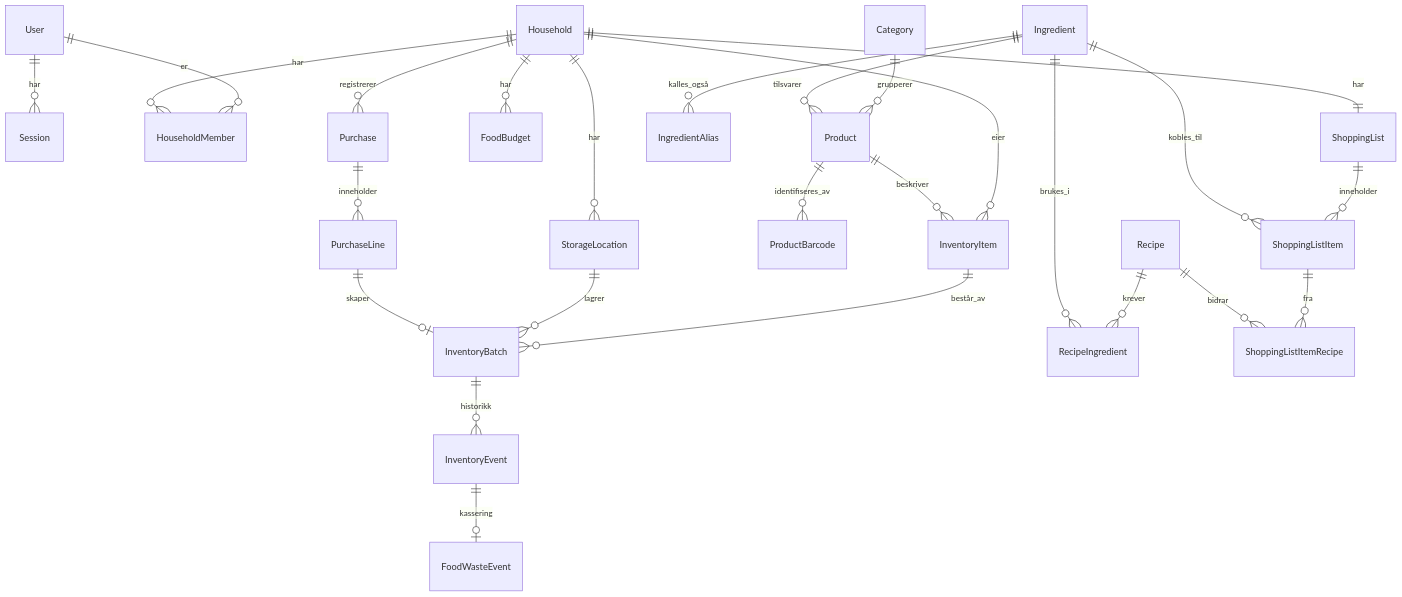
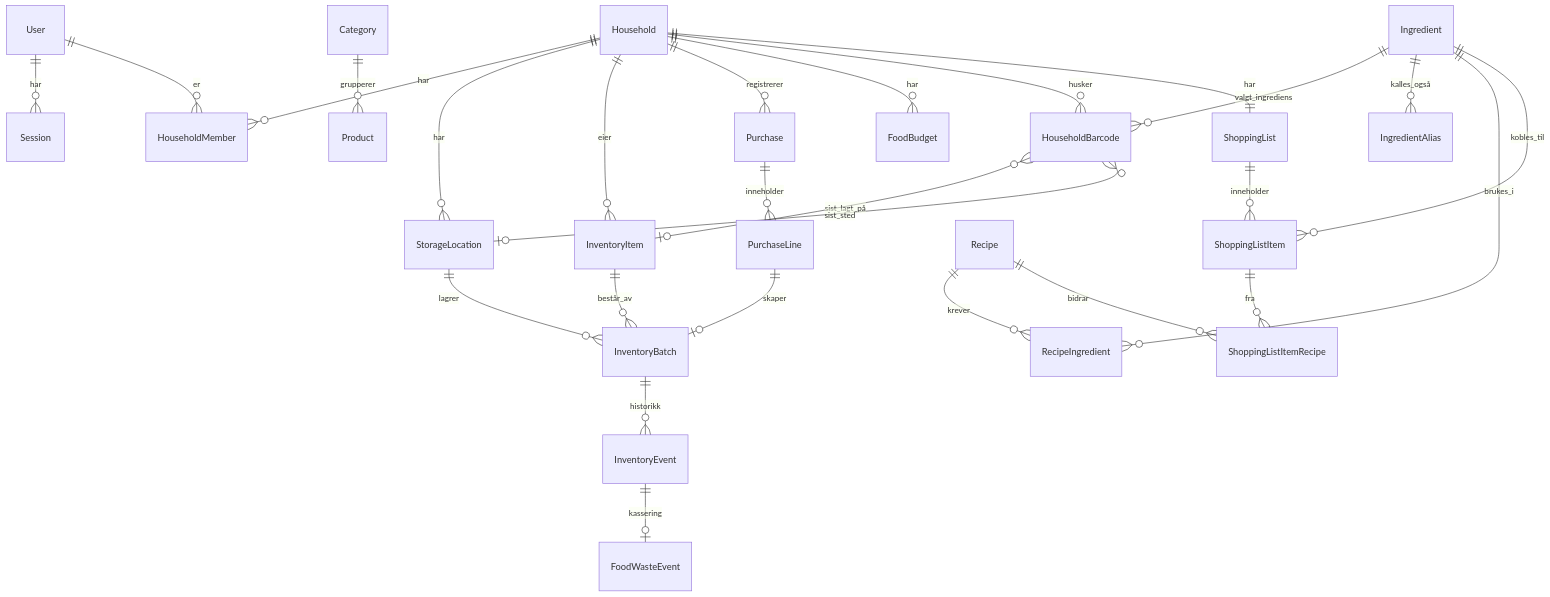
The diagram in docs/development/data-model.md (superior-ferdiz/smartmat), drawn with Mermaid before and after one commit. The commit also changed other lines of this file and 132 other files, not shown here.

````diff
--- a/docs/development/data-model.md
+++ b/docs/development/data-model.md
@@ -63,28 +75,29 @@
 ```mermaid
 erDiagram
   User ||--o{ Session : har
   User ||--o{ HouseholdMember : er
   Household ||--o{ HouseholdMember : har
   Household ||--o{ StorageLocation : har
   Household ||--o{ InventoryItem : eier
   Household ||--o{ Purchase : registrerer
   Household ||--o{ FoodBudget : har
-  Product ||--o{ ProductBarcode : identifiseres_av
-  Product ||--o{ InventoryItem : beskriver
   Category ||--o{ Product : grupperer
+  Household ||--o{ HouseholdBarcode : husker
+  HouseholdBarcode }o--o| InventoryItem : sist_lagt_på
+  HouseholdBarcode }o--o| StorageLocation : sist_sted
+  Ingredient ||--o{ HouseholdBarcode : valgt_ingrediens
   InventoryItem ||--o{ InventoryBatch : består_av
   StorageLocation ||--o{ InventoryBatch : lagrer
   InventoryBatch ||--o{ InventoryEvent : historikk
   InventoryEvent ||--o| FoodWasteEvent : kassering
   Purchase ||--o{ PurchaseLine : inneholder
   PurchaseLine ||--o| InventoryBatch : skaper
   Ingredient ||--o{ IngredientAlias : kalles_også
-  Ingredient ||--o{ Product : tilsvarer
   Recipe ||--o{ RecipeIngredient : krever
   Ingredient ||--o{ RecipeIngredient : brukes_i
   Household ||--|| ShoppingList : har
   ShoppingList ||--o{ ShoppingListItem : inneholder
   Ingredient ||--o{ ShoppingListItem : kobles_til
   ShoppingListItem ||--o{ ShoppingListItemRecipe : fra
   Recipe ||--o{ ShoppingListItemRecipe : bidrar
 ```
````
